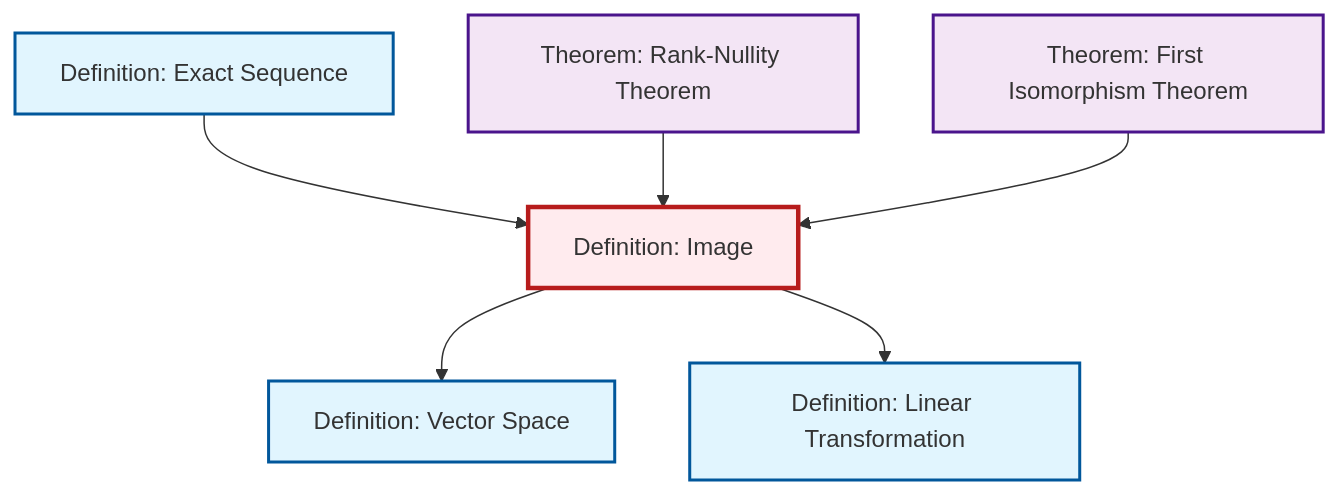
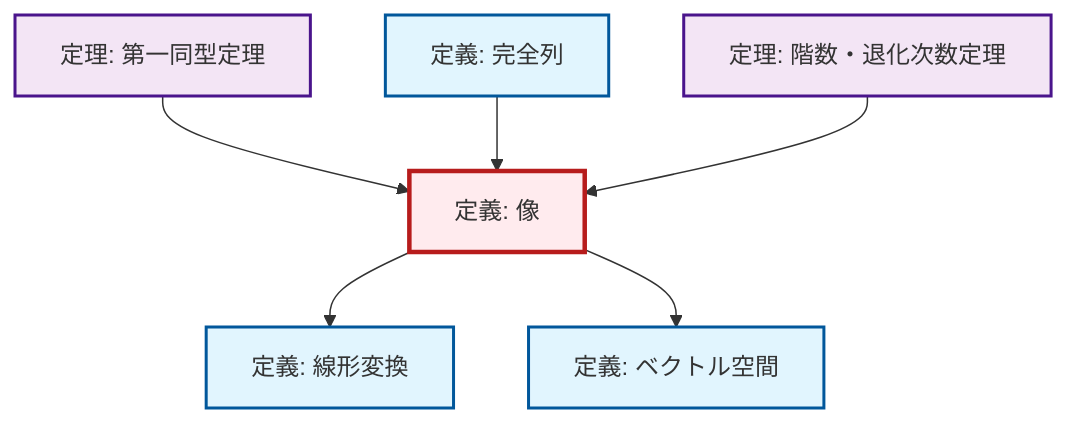
Before and after one commit to RK0429/ModernMath: the diagram in content/ja/algebra/def-image.qmd, drawn with Mermaid. The commit also changed 1069 other files, not shown here.

````diff
--- a/content/ja/algebra/def-image.qmd
+++ b/content/ja/algebra/def-image.qmd
@@ -55,26 +55,26 @@
 ```{mermaid}
 %%| fig-cap: "Local dependency graph"
 graph TD
     classDef definition fill:#e1f5fe,stroke:#01579b,stroke-width:2px
     classDef theorem fill:#f3e5f5,stroke:#4a148c,stroke-width:2px
     classDef axiom fill:#fff3e0,stroke:#e65100,stroke-width:2px
     classDef example fill:#e8f5e9,stroke:#1b5e20,stroke-width:2px
     classDef current fill:#ffebee,stroke:#b71c1c,stroke-width:3px
-    thm-rank-nullity["Theorem: Rank-Nullity Theorem"]:::theorem
-    def-image["Definition: Image"]:::definition
-    thm-first-isomorphism["Theorem: First Isomorphism Theorem"]:::theorem
-    def-exact-sequence["Definition: Exact Sequence"]:::definition
-    def-linear-transformation["Definition: Linear Transformation"]:::definition
-    def-vector-space["Definition: Vector Space"]:::definition
+    def-image["定義: 像"]:::definition
+    def-linear-transformation["定義: 線形変換"]:::definition
+    def-vector-space["定義: ベクトル空間"]:::definition
+    def-exact-sequence["定義: 完全列"]:::definition
+    thm-first-isomorphism["定理: 第一同型定理"]:::theorem
+    thm-rank-nullity["定理: 階数・退化次数定理"]:::theorem
+    def-image --> def-linear-transformation
+    def-image --> def-vector-space
+    thm-first-isomorphism --> def-image
     def-exact-sequence --> def-image
-    def-image --> def-vector-space
     thm-rank-nullity --> def-image
-    thm-first-isomorphism --> def-image
-    def-image --> def-linear-transformation
     class def-image current
-    click thm-rank-nullity "thm-rank-nullity.html" "Theorem: Rank-Nullity Theoremへ"
-    click thm-first-isomorphism "thm-first-isomorphism.html" "Theorem: First Isomorphism Theoremへ"
-    click def-exact-sequence "def-exact-sequence.html" "Definition: Exact Sequenceへ"
-    click def-linear-transformation "def-linear-transformation.html" "Definition: Linear Transformationへ"
-    click def-vector-space "def-vector-space.html" "Definition: Vector Spaceへ"
+    click def-linear-transformation "def-linear-transformation.html" "線形変換の定義へ"
+    click def-vector-space "def-vector-space.html" "ベクトル空間の定義へ"
+    click def-exact-sequence "def-exact-sequence.html" "完全列の定義へ"
+    click thm-first-isomorphism "thm-first-isomorphism.html" "第一同型定理の定理へ"
+    click thm-rank-nullity "thm-rank-nullity.html" "階数・退化次数定理の定理へ"
 ```
````
